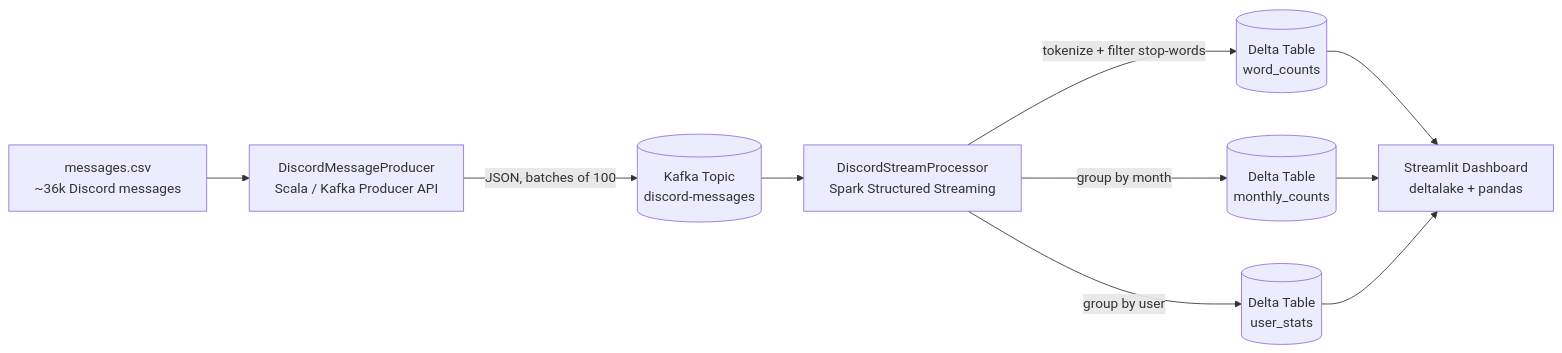
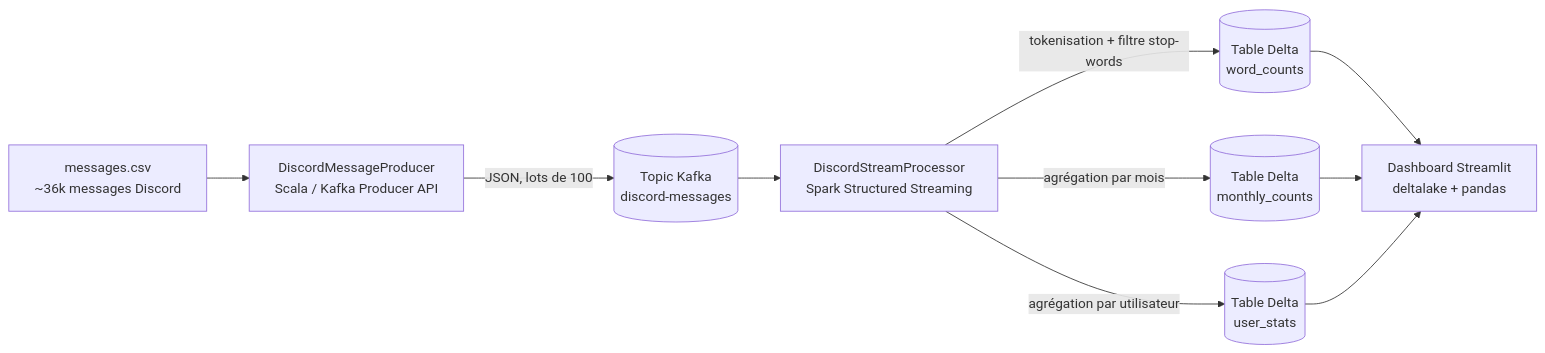
One commit to jobordeau/spark-streaming-discord-analytics changed the diagram in README.md. Above: the diagram before and after it, drawn with Mermaid. The commit also changed other lines of this file, not shown here.

````diff
--- a/README.md
+++ b/README.md
@@ -26,21 +26,21 @@
 ```mermaid
 flowchart LR
-    CSV[messages.csv<br/>~36k Discord messages]
+    CSV[messages.csv<br/>~36k messages Discord]
     Producer[DiscordMessageProducer<br/>Scala / Kafka Producer API]
-    Kafka[(Kafka Topic<br/>discord-messages)]
+    Kafka[(Topic Kafka<br/>discord-messages)]
     Spark[DiscordStreamProcessor<br/>Spark Structured Streaming]
-    Delta1[(Delta Table<br/>word_counts)]
-    Delta2[(Delta Table<br/>monthly_counts)]
-    Delta3[(Delta Table<br/>user_stats)]
-    Dashboard[Streamlit Dashboard<br/>deltalake + pandas]
+    Delta1[(Table Delta<br/>word_counts)]
+    Delta2[(Table Delta<br/>monthly_counts)]
+    Delta3[(Table Delta<br/>user_stats)]
+    Dashboard[Dashboard Streamlit<br/>deltalake + pandas]
 
     CSV --> Producer
-    Producer -->|JSON, batches of 100| Kafka
+    Producer -->|JSON, lots de 100| Kafka
     Kafka --> Spark
-    Spark -->|tokenize + filter stop-words| Delta1
-    Spark -->|group by month| Delta2
-    Spark -->|group by user| Delta3
+    Spark -->|tokenisation + filtre stop-words| Delta1
+    Spark -->|agrégation par mois| Delta2
+    Spark -->|agrégation par utilisateur| Delta3
     Delta1 --> Dashboard
     Delta2 --> Dashboard
     Delta3 --> Dashboard
 ```
````
